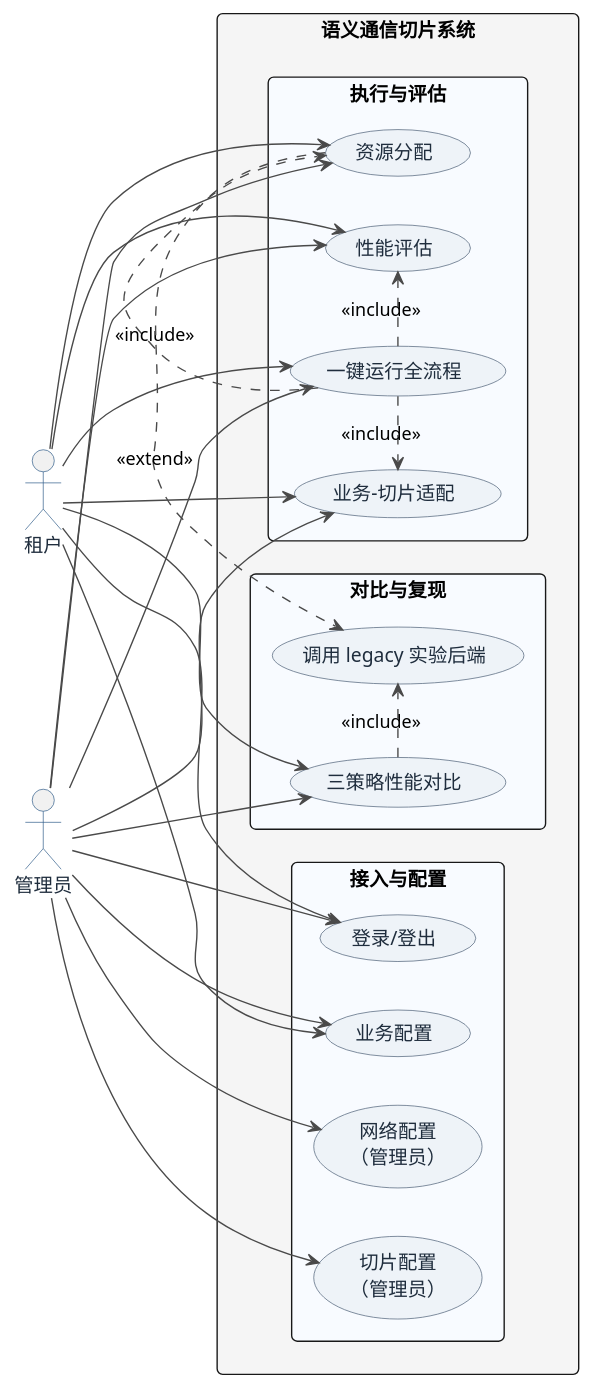
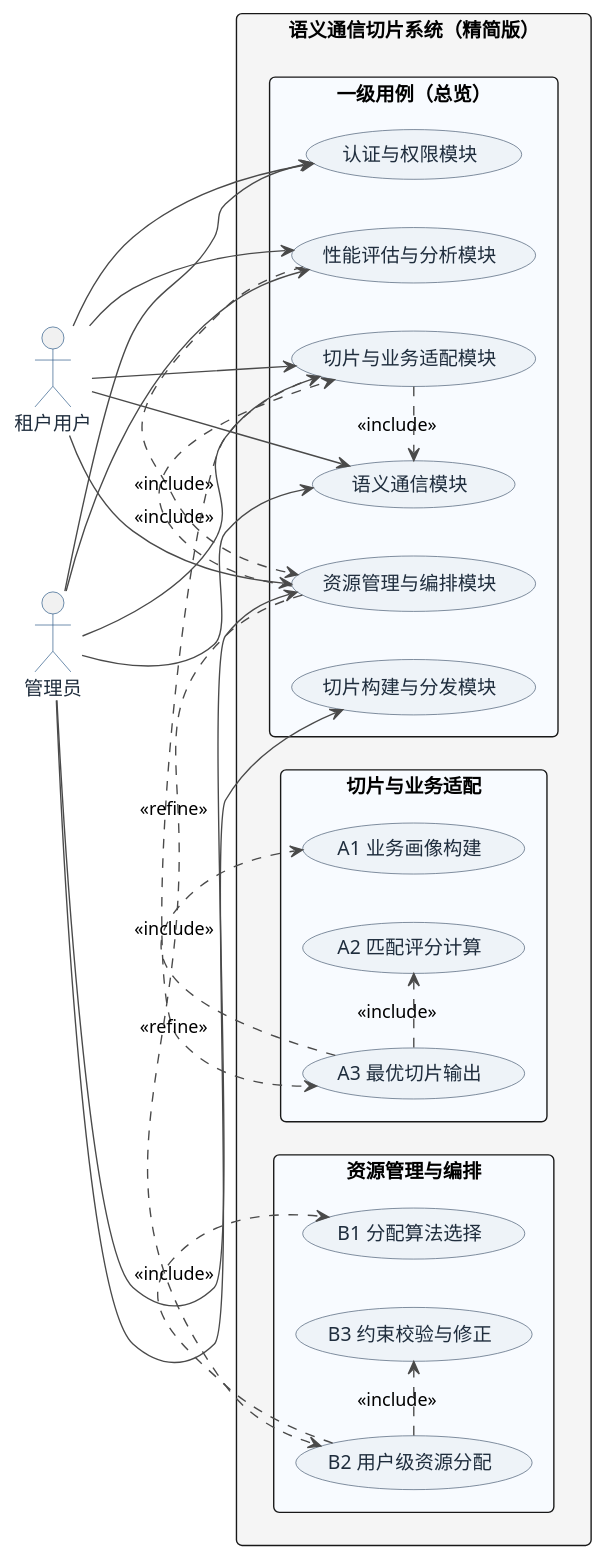
Before and after one commit to krismil/graduation: the diagram in semSlice-master/docs/diagrams/use_case.puml, drawn with PlantUML. The commit also changed 71 other files, not shown here.

```diff
--- a/semSlice-master/docs/diagrams/use_case.puml
+++ b/semSlice-master/docs/diagrams/use_case.puml
@@ -1,77 +1,72 @@
 @startuml
 left to right direction
 
 skinparam backgroundColor #FFFFFF
 skinparam defaultFontName Microsoft YaHei
 skinparam shadowing false
 skinparam roundcorner 8
 skinparam packageStyle rectangle
 skinparam ArrowColor #4A4A4A
 skinparam ArrowThickness 1
 
 skinparam actor {
   BorderColor #2F5D8A
   FontColor #1F2D3D
 }
 
 skinparam usecase {
   BorderColor #4A5D73
   BackgroundColor #EEF3F8
   FontColor #1F2D3D
 }
 
 actor "管理员" as Admin
-actor "租户" as Tenant
+actor "租户用户" as Tenant
 
-rectangle "语义通信切片系统" as SYS #F5F5F5 {
-  package "接入与配置" as P1 #F8FBFF {
-    usecase "登录/登出" as UC_Login
-    usecase "业务配置" as UC_Business
-    usecase "网络配置\n（管理员）" as UC_Network
-    usecase "切片配置\n（管理员）" as UC_Slice
+rectangle "语义通信切片系统（精简版）" as SYS #F5F5F5 {
+  package "一级用例（总览）" as L1 #F8FBFF {
+    usecase "认证与权限模块" as UC1
+    usecase "语义通信模块" as UC2
+    usecase "切片构建与分发模块" as UC3
+    usecase "切片与业务适配模块" as UC4
+    usecase "资源管理与编排模块" as UC5
+    usecase "性能评估与分析模块" as UC6
   }
 
-  package "执行与评估" as P2 #F8FBFF {
-    usecase "业务-切片适配" as UC_Adapt
-    usecase "资源分配" as UC_Alloc
-    usecase "性能评估" as UC_Eval
-    usecase "一键运行全流程" as UC_Run
+  package "切片与业务适配" as F1 #F8FBFF {
+    usecase "A1 业务画像构建" as A1
+    usecase "A2 匹配评分计算" as A2
+    usecase "A3 最优切片输出" as A3
+    A3 .> A1 : <<include>>
+    A3 .> A2 : <<include>>
   }
 
-  package "对比与复现" as P3 #F8FBFF {
-    usecase "三策略性能对比" as UC_Compare
-    usecase "调用 legacy 实验后端" as UC_Legacy
+  package "资源管理与编排" as F2 #F8FBFF {
+    usecase "B1 分配算法选择" as B1
+    usecase "B2 用户级资源分配" as B2
+    usecase "B3 约束校验与修正" as B3
+    B2 .> B1 : <<include>>
+    B2 .> B3 : <<include>>
   }
 }
 
-Admin --> UC_Login
-Tenant --> UC_Login
+Admin --> UC1
+Admin --> UC2
+Admin --> UC3
+Admin --> UC4
+Admin --> UC5
+Admin --> UC6
 
-Admin --> UC_Business
-Tenant --> UC_Business
+Tenant --> UC1
+Tenant --> UC2
+Tenant --> UC4
+Tenant --> UC5
+Tenant --> UC6
 
-Admin --> UC_Network
-Admin --> UC_Slice
+UC4 .> UC2 : <<include>>
+UC5 .> UC4 : <<include>>
+UC6 .> UC5 : <<include>>
 
-Admin --> UC_Adapt
-Tenant --> UC_Adapt
-
-Admin --> UC_Alloc
-Tenant --> UC_Alloc
-
-Admin --> UC_Eval
-Tenant --> UC_Eval
-
-Admin --> UC_Run
-Tenant --> UC_Run
-
-Admin --> UC_Compare
-Tenant --> UC_Compare
-
-UC_Run .> UC_Adapt : <<include>>
-UC_Run .> UC_Alloc : <<include>>
-UC_Run .> UC_Eval : <<include>>
-
-UC_Alloc .> UC_Legacy : <<extend>>
-UC_Compare .> UC_Legacy : <<include>>
+UC4 .> A3 : <<refine>>
+UC5 .> B2 : <<refine>>
 @enduml
```
